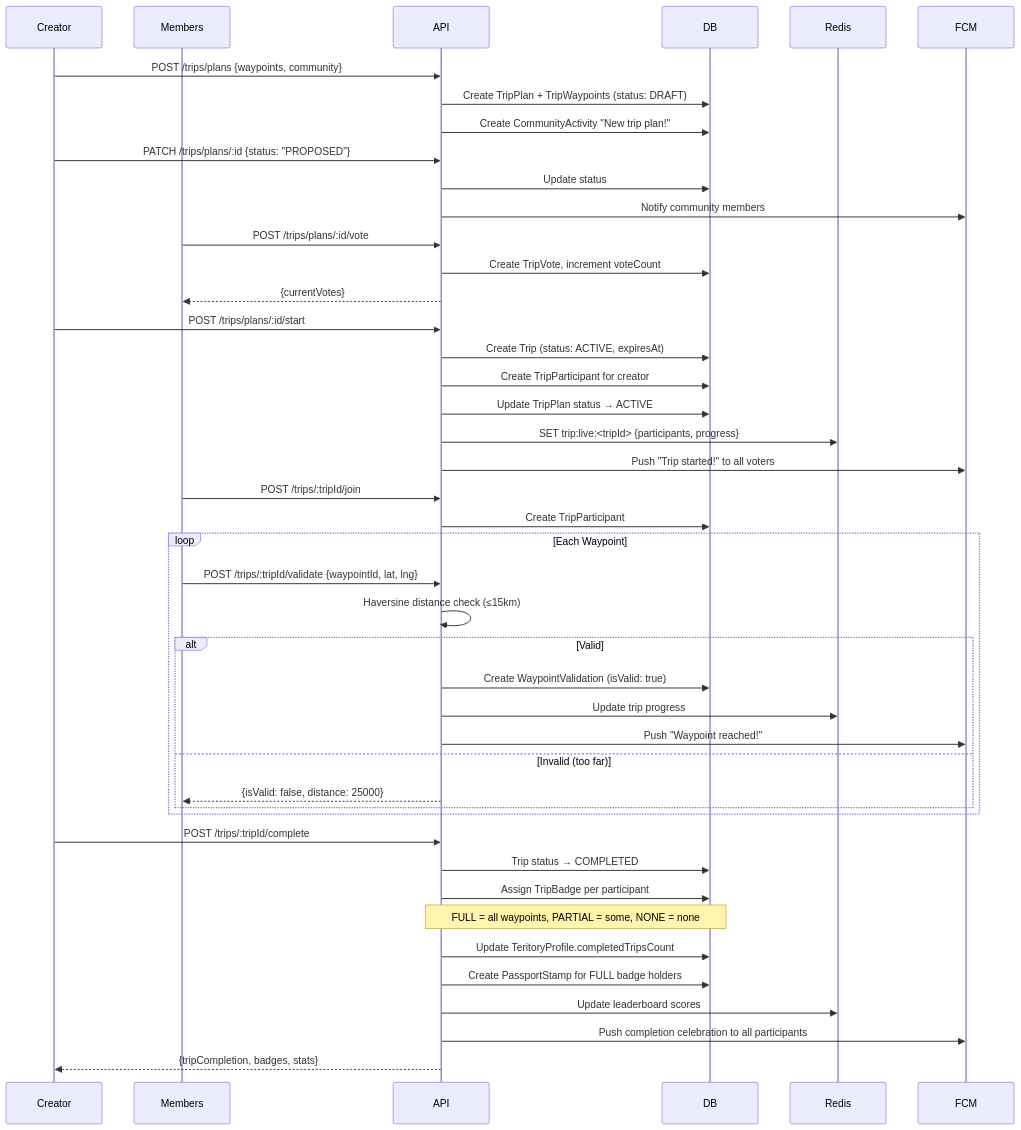
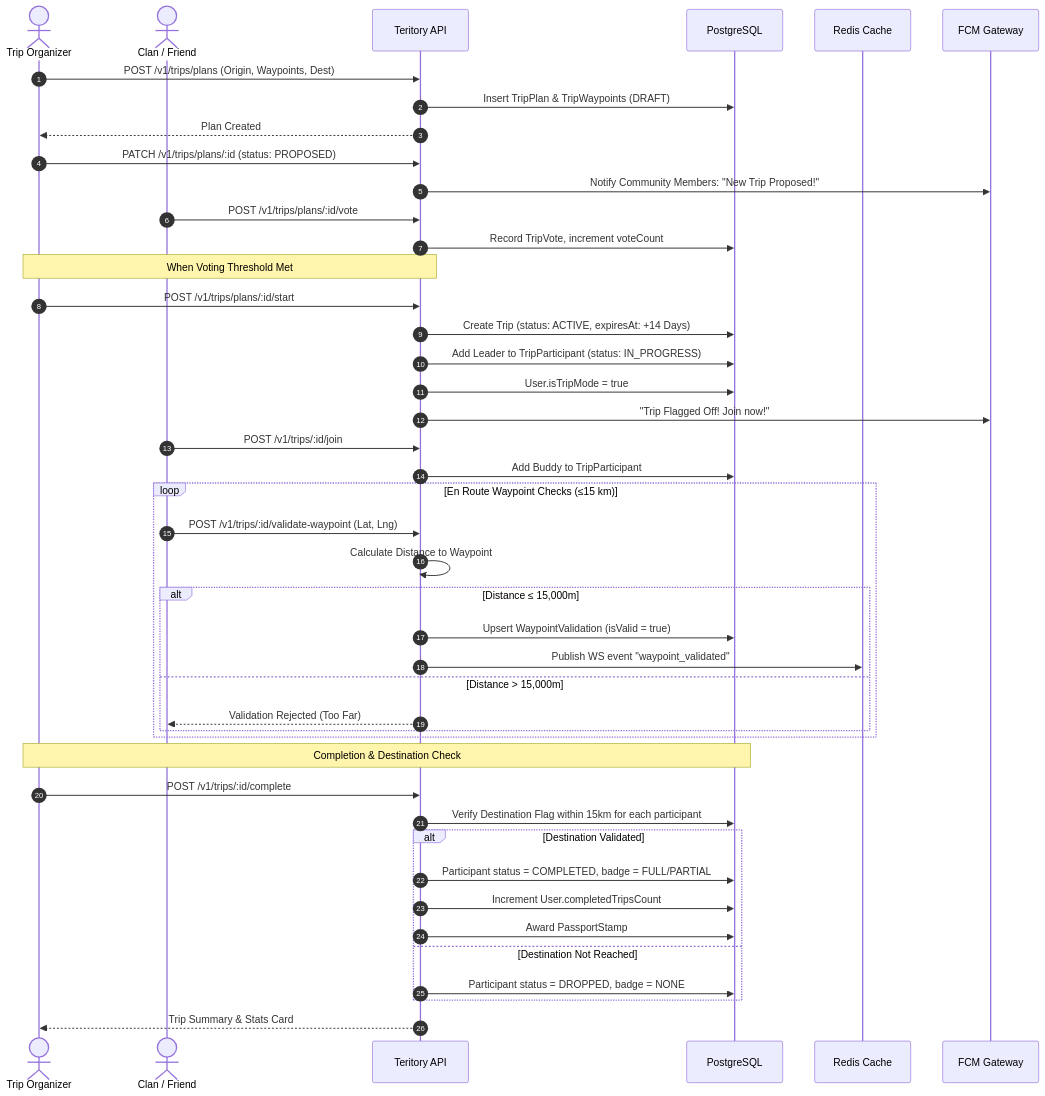
Before and after one commit to otomata-in/onway-backend-api: the fourth of 5 diagrams in teritory/docs/v2_backend_master_plan.md, drawn with Mermaid. The commit also changed other lines of this file, not shown here.

Commit message:
docs(teritory): redesign backend master plan as 100% standalone teritory-api

````diff
--- a/teritory/docs/v2_backend_master_plan.md
+++ b/teritory/docs/v2_backend_master_plan.md
@@ -1211,52 +980,51 @@
 ```mermaid
 sequenceDiagram
-    participant Creator
-    participant Members
-    participant API
-    participant DB
-    participant Redis
+    autonumber
+    actor Leader as Trip Organizer
+    actor Buddy as Clan / Friend
+    participant API as Teritory API
+    participant DB as PostgreSQL
+    participant Redis as Redis Cache
+    participant Push as FCM Gateway
 
-    Creator->>API: POST /trips/plans {waypoints, community}
-    API->>DB: Create TripPlan + TripWaypoints (status: DRAFT)
-    API->>DB: Create CommunityActivity "New trip plan!"
+    Leader->>API: POST /v1/trips/plans (Origin, Waypoints, Dest)
+    API->>DB: Insert TripPlan & TripWaypoints (DRAFT)
+    API-->>Leader: Plan Created
 
-    Creator->>API: PATCH /trips/plans/:id {status: "PROPOSED"}
-    API->>DB: Update status
-    API->>FCM: Notify community members
+    Leader->>API: PATCH /v1/trips/plans/:id (status: PROPOSED)
+    API->>Push: Notify Community Members: "New Trip Proposed!"
+    Buddy->>API: POST /v1/trips/plans/:id/vote
+    API->>DB: Record TripVote, increment voteCount
 
-    Members->>API: POST /trips/plans/:id/vote
-    API->>DB: Create TripVote, increment voteCount
-    API-->>Members: {currentVotes}
+    Note over Leader,API: When Voting Threshold Met
+    Leader->>API: POST /v1/trips/plans/:id/start
+    API->>DB: Create Trip (status: ACTIVE, expiresAt: +14 Days)
+    API->>DB: Add Leader to TripParticipant (status: IN_PROGRESS)
+    API->>DB: User.isTripMode = true
+    API->>Push: "Trip Flagged Off! Join now!"
+    Buddy->>API: POST /v1/trips/:id/join
+    API->>DB: Add Buddy to TripParticipant
 
-    Creator->>API: POST /trips/plans/:id/start
-    API->>DB: Create Trip (status: ACTIVE, expiresAt)
-    API->>DB: Create TripParticipant for creator
-    API->>DB: Update TripPlan status → ACTIVE
-    API->>Redis: SET trip:live:<tripId> {participants, progress}
-    API->>FCM: Push "Trip started!" to all voters
-
-    Members->>API: POST /trips/:tripId/join
-    API->>DB: Create TripParticipant
-
-    loop Each Waypoint
-        Members->>API: POST /trips/:tripId/validate {waypointId, lat, lng}
-        API->>API: Haversine distance check (≤15km)
-        alt Valid
-            API->>DB: Create WaypointValidation (isValid: true)
-            API->>Redis: Update trip progress
-            API->>FCM: Push "Waypoint reached!"
-        else Invalid (too far)
-            API-->>Members: {isValid: false, distance: 25000}
+    loop En Route Waypoint Checks (≤15 km)
+        Buddy->>API: POST /v1/trips/:id/validate-waypoint (Lat, Lng)
+        API->>API: Calculate Distance to Waypoint
+        alt Distance ≤ 15,000m
+            API->>DB: Upsert WaypointValidation (isValid = true)
+            API->>Redis: Publish WS event "waypoint_validated"
+        else Distance > 15,000m
+            API-->>Buddy: Validation Rejected (Too Far)
         end
     end
 
-    Creator->>API: POST /trips/:tripId/complete
-    API->>DB: Trip status → COMPLETED
-    API->>DB: Assign TripBadge per participant
-    Note over API,DB: FULL = all waypoints, PARTIAL = some, NONE = none
-    API->>DB: Update TeritoryProfile.completedTripsCount
-    API->>DB: Create PassportStamp for FULL badge holders
-    API->>Redis: Update leaderboard scores
-    API->>FCM: Push completion celebration to all participants
-    API-->>Creator: {tripCompletion, badges, stats}
+    Note over Leader,DB: Completion & Destination Check
+    Leader->>API: POST /v1/trips/:id/complete
+    API->>DB: Verify Destination Flag within 15km for each participant
+    alt Destination Validated
+        API->>DB: Participant status = COMPLETED, badge = FULL/PARTIAL
+        API->>DB: Increment User.completedTripsCount
+        API->>DB: Award PassportStamp
+    else Destination Not Reached
+        API->>DB: Participant status = DROPPED, badge = NONE
+    end
+    API-->>Leader: Trip Summary & Stats Card
 ```
````
